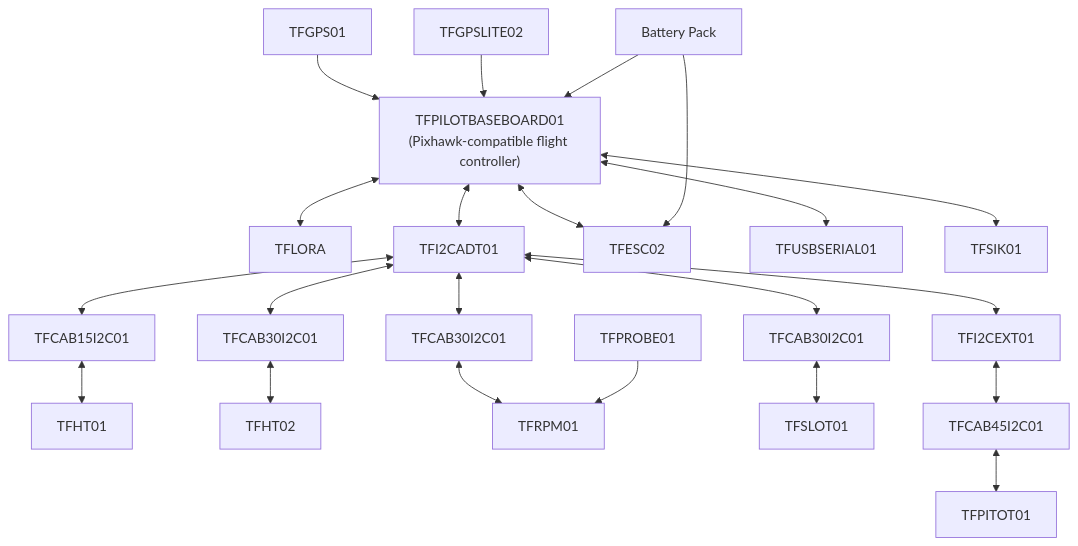
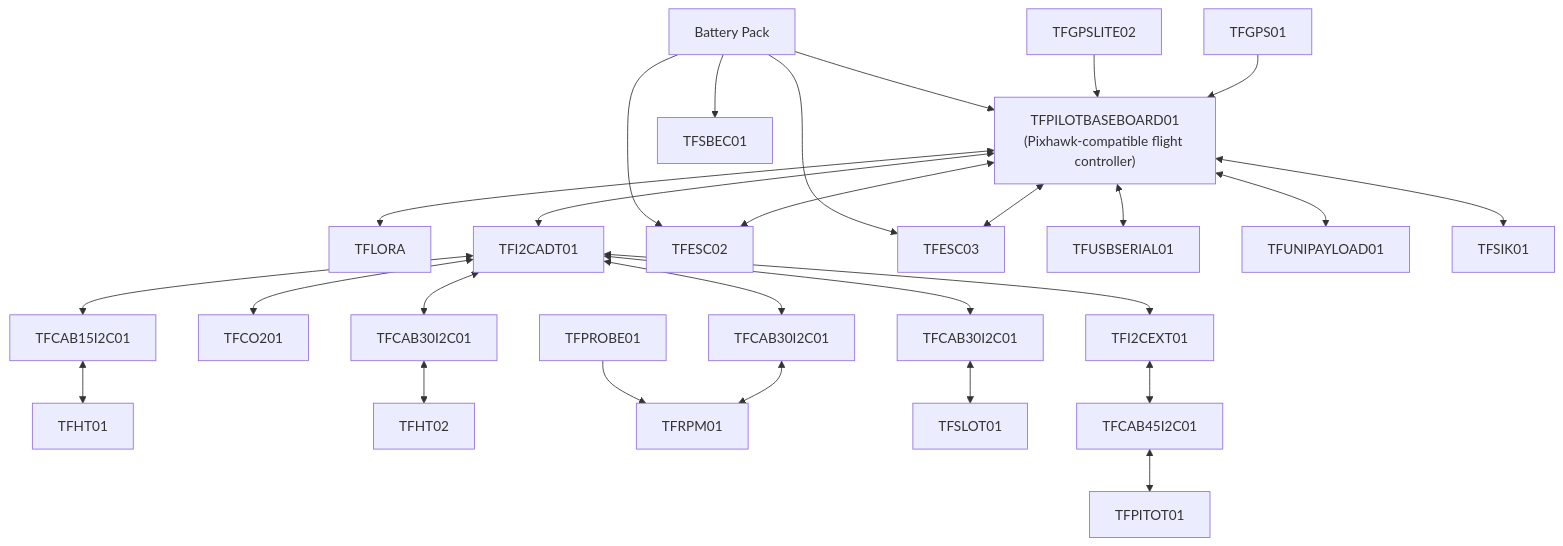
Before and after one commit to ThunderFly-aerospace/docs: the diagram in avionics/index.md, drawn with Mermaid. The commit also changed other lines of this file, not shown here.

Commit message:
Improve diagram.

```diff
--- a/avionics/index.md
+++ b/avionics/index.md
@@ -22,15 +22,19 @@
 TFLORA[TFLORA]
 TFI2CADT01[TFI2CADT01]
 TFESC02[TFESC02]
+TFESC03[TFESC03]
+TFSBEC01[TFSBEC01]
 TFI2CEXT01[TFI2CEXT01]
 TFPITOT01[TFPITOT01]
 TFHT01[TFHT01]
 TFHT02[TFHT02]
+TFCO201[TFCO201]
 TFRPM01[TFRPM01]
 TFSLOT01[TFSLOT01]
 TFGPS01[TFGPS01]
 TFGPSLITE02[TFGPSLITE02]
 TFUSBSERIAL01[TFUSBSERIAL01]
+TFUNIPAYLOAD01[TFUNIPAYLOAD01]
 TFSIK01[TFSIK01]
 TFPROBE01[TFPROBE01]
 BATT[Battery Pack]
@@ -48,9 +52,13 @@
 FC <--> TFLORA
 FC <--> TFI2CADT01
 FC <--> TFESC02
-
+FC <--> TFESC03
+FC <--> TFUSBSERIAL01
+FC <--> TFSIK01
+FC <--> TFUNIPAYLOAD01
 
 TFI2CADT01 <--> TFI2CEXT01
+TFI2CADT01 <--> TFCO201
 
 
 %% Sensors over dedicated cables
@@ -60,6 +68,7 @@
 TFI2CADT01 <--> CAB20_SLOT <--> TFSLOT01
 TFI2CEXT01 <--> CAB45_PITOT <--> TFPITOT01
 
+
 %% Probe on TFRPM01
 TFPROBE01 -->  TFRPM01
 
@@ -67,30 +76,31 @@
 %% Other peripherals
 TFGPS01 --> FC
 TFGPSLITE02 --> FC
-FC <--> TFUSBSERIAL01
-FC <--> TFSIK01
-
 
 %% Power
 BATT --> FC
 BATT --> TFESC02
-
+BATT --> TFESC03
+BATT --> TFSBEC01
 
 %% Clickable docs
-click TFLORA "https://docs.thunderfly.cz/avionics/TFLORA/" "TFLORA Documentation"
+click TFLORA01 "https://docs.thunderfly.cz/avionics/TFLORA01/" "TFLORA01 Documentation"
 click TFI2CADT01 "https://docs.thunderfly.cz/avionics/TFI2CADT01/" "TFI2CADT01 Documentation"
 click TFI2CEXT01 "https://docs.thunderfly.cz/avionics/TFI2CEXT01/" "TFI2CEXT01 Documentation"
 click TFPITOT01 "https://docs.thunderfly.cz/avionics/TFPITOT01/" "TFPITOT01 Documentation"
 click TFHT01 "https://docs.thunderfly.cz/avionics/TFHT01/" "TFHT01 Documentation"
 click TFHT02 "https://docs.thunderfly.cz/avionics/TFHT02/" "TFHT02 Documentation"
+click TFCO201 "https://docs.thunderfly.cz/avionics/TFCO201/" "TFHT02 Documentation"
 click TFRPM01 "https://docs.thunderfly.cz/avionics/TFRPM01/" "TFRPM01 Documentation"
 click TFPROBE01 "https://docs.thunderfly.cz/avionics/TFRPM01/probe#tfprobe01a---omnipolar-magnetic-and-reflective-optical-sensor-probe" "TFPROBE01 Documentation"
 click TFSLOT01 "https://docs.thunderfly.cz/avionics/TFSLOT01/" "TFSLOT01 Documentation"
 click TFGPS01 "https://docs.thunderfly.cz/avionics/TFGPS01/" "TFGPS01 Documentation"
 click TFGPSLITE02 "https://docs.thunderfly.cz/avionics/TFGPSLITE02/" "TFGPSLITE02 Documentation"
 click TFUSBSERIAL01 "https://docs.thunderfly.cz/avionics/TFUSBSERIAL01/" "TFUSBSERIAL01 Documentation"
+click TFUNIPAYLOAD01 "https://docs.thunderfly.cz/avionics/TFUNIPAYLOAD01/" "TFUNIPAYLOAD01 Documentation"
 click TFSIK01 "https://docs.thunderfly.cz/avionics/TFSIK01/" "TFSIK01 Documentation"
 click TFESC02 "https://docs.thunderfly.cz/avionics/TFESC02/" "TFESC02 Documentation"
+click TFESC03 "https://docs.thunderfly.cz/avionics/TFESC03/" "TFESC03 Documentation"
 click CAB15_HT01 "https://docs.thunderfly.cz/avionics/TFCAB01/" "Cables Documentation"
 click CAB20_HT02 "https://docs.thunderfly.cz/avionics/TFCAB01/" "Cables Documentation"
 click CAB20_RPM "https://docs.thunderfly.cz/avionics/TFCAB01/" "Cables Documentation"
```
